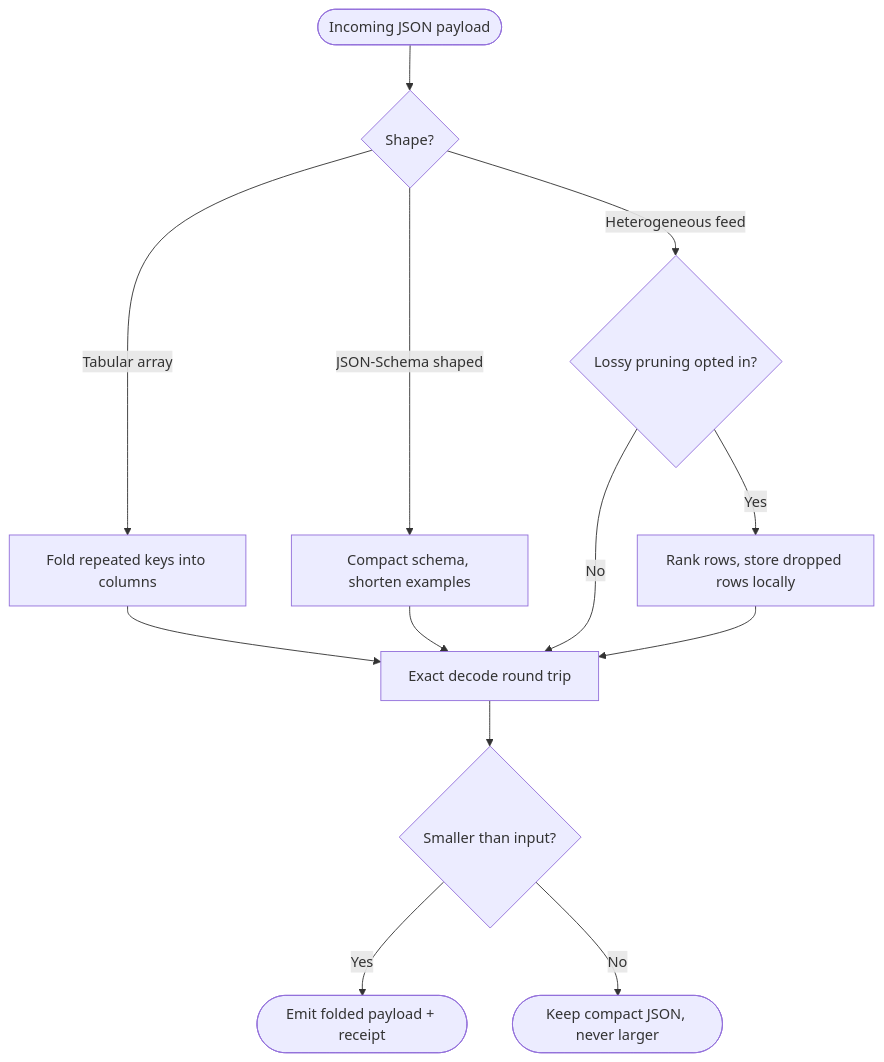
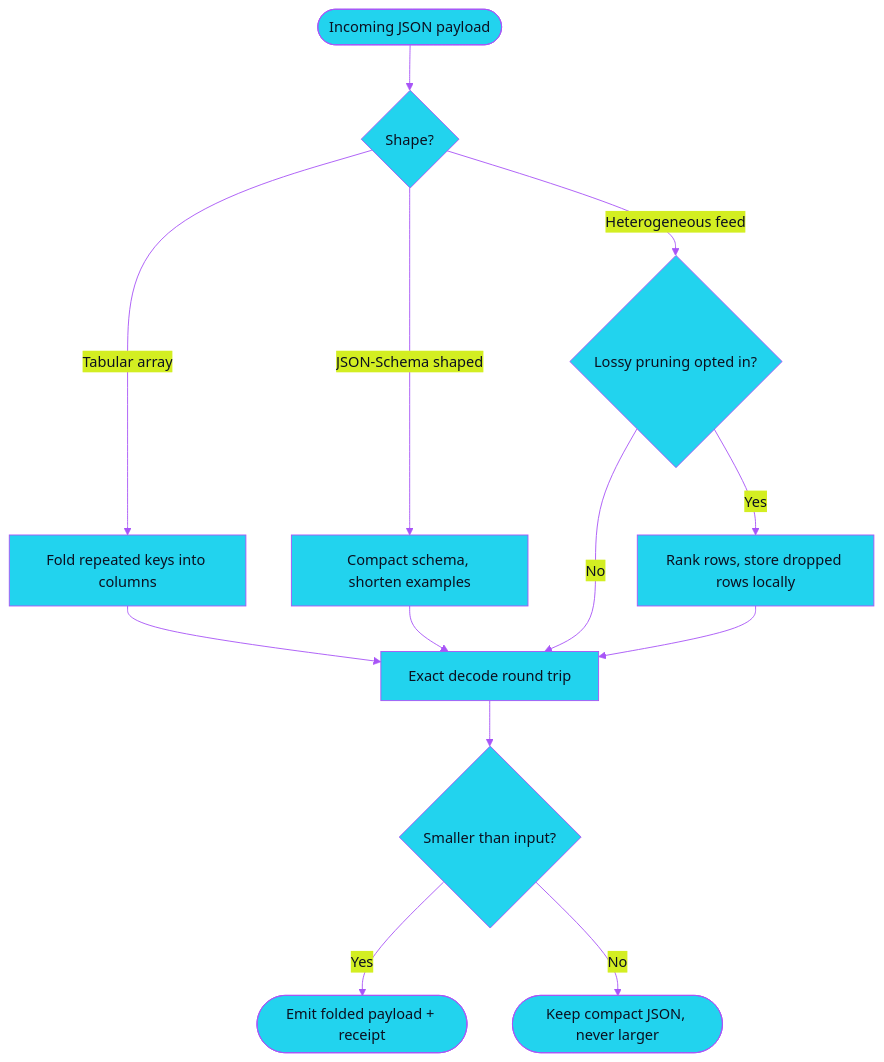
Before and after one commit to codewithmurali/tokenfold: the third of 5 diagrams in README.md, drawn with Mermaid. The commit also changed other lines of this file, not shown here.

Commit message:
diagram updated

````diff
--- a/README.md
+++ b/README.md
@@ -131,15 +139,16 @@
 ```mermaid
+%%{init: {"theme": "base", "themeVariables": {"primaryColor": "#22D3EE", "primaryTextColor": "#0b1020", "primaryBorderColor": "#A855F7", "lineColor": "#A855F7", "fontFamily": "ui-sans-serif, system-ui, sans-serif"}}}%%
 flowchart TD
     Start([Incoming JSON payload]) --> Detect{Shape?}
     Detect -->|Tabular array| Fold[Fold repeated keys into columns]
     Detect -->|JSON-Schema shaped| Compact[Compact schema, shorten examples]
     Detect -->|Heterogeneous feed| Choice{Lossy pruning opted in?}
     Fold --> Verify
     Compact --> Verify
     Choice -->|No| Verify[Exact decode round trip]
     Choice -->|Yes| Rank[Rank rows, store dropped rows locally]
     Rank --> Verify
     Verify --> Guard{Smaller than input?}
     Guard -->|Yes| Emit([Emit folded payload + receipt])
     Guard -->|No| Passthrough([Keep compact JSON, never larger])
 ```
````
